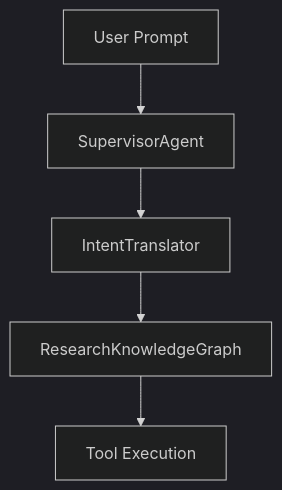
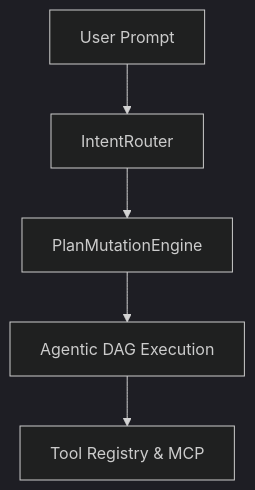
The diagram in docs/ARCHITECTURE.md (VibhavSetlur/Research_Copilot), drawn with Mermaid (dark theme) before and after one commit. The commit also changed other lines of this file and 33 other files, not shown here.

````diff
--- a/docs/ARCHITECTURE.md
+++ b/docs/ARCHITECTURE.md
@@ -14,7 +18,7 @@
 ```mermaid
 graph TD
-    A[User Prompt] --> B[SupervisorAgent]
-    B --> C[IntentTranslator]
-    C --> D[ResearchKnowledgeGraph]
-    D --> E[Tool Execution]
+    A[User Prompt] --> B[IntentRouter]
+    B --> C[PlanMutationEngine]
+    C --> D[Agentic DAG Execution]
+    D --> E[Tool Registry & MCP]
 ```
````
